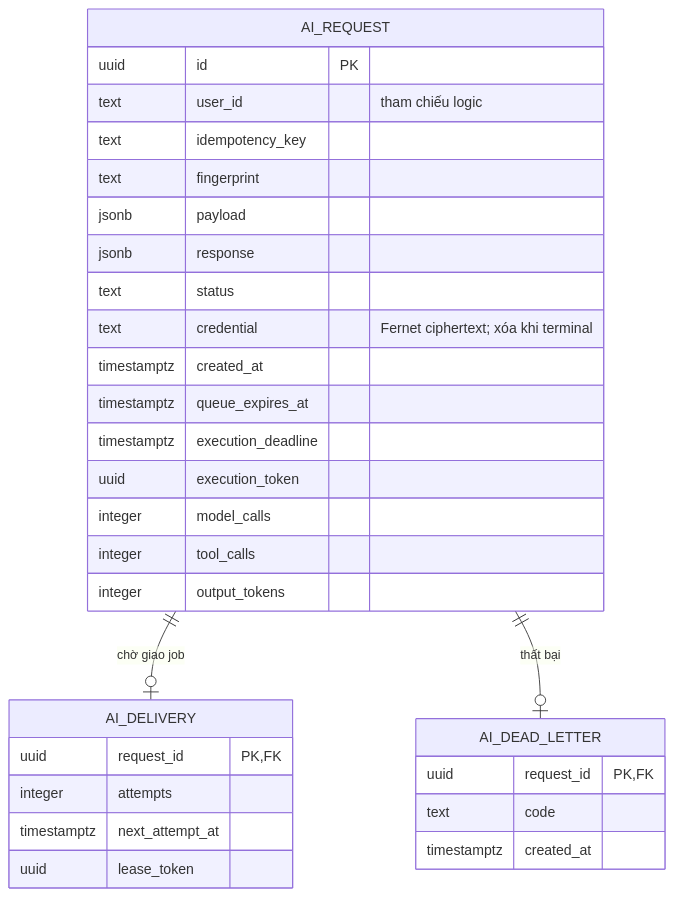
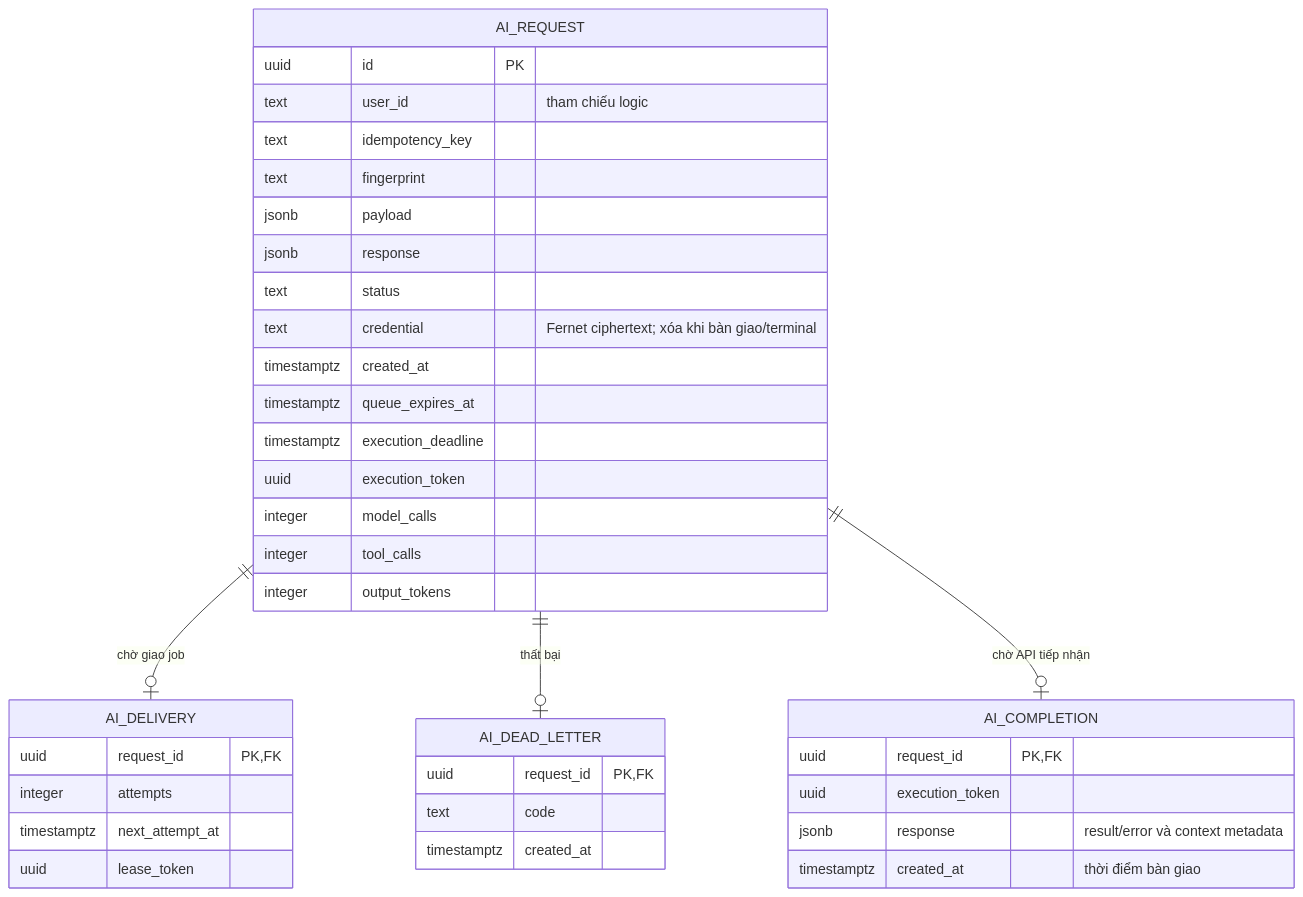
The diagram in docs/ai-service/erd.md (TriNguyenThanh/UTask), drawn with Mermaid before and after one commit. The commit also changed other lines of this file and 51 other files, not shown here.

````diff
--- a/docs/ai-service/erd.md
+++ b/docs/ai-service/erd.md
@@ -11,33 +12,40 @@
 ```mermaid
 erDiagram
     AI_REQUEST ||--o| AI_DELIVERY : "chờ giao job"
     AI_REQUEST ||--o| AI_DEAD_LETTER : "thất bại"
+    AI_REQUEST ||--o| AI_COMPLETION : "chờ API tiếp nhận"
     AI_REQUEST {
         uuid id PK
         text user_id "tham chiếu logic"
         text idempotency_key
         text fingerprint
         jsonb payload
         jsonb response
         text status
-        text credential "Fernet ciphertext; xóa khi terminal"
+        text credential "Fernet ciphertext; xóa khi bàn giao/terminal"
         timestamptz created_at
         timestamptz queue_expires_at
         timestamptz execution_deadline
         uuid execution_token
         integer model_calls
         integer tool_calls
         integer output_tokens
     }
     AI_DELIVERY {
         uuid request_id PK,FK
         integer attempts
         timestamptz next_attempt_at
         uuid lease_token
     }
     AI_DEAD_LETTER {
         uuid request_id PK,FK
         text code
         timestamptz created_at
     }
+    AI_COMPLETION {
+        uuid request_id PK,FK
+        uuid execution_token
+        jsonb response "result/error và context metadata"
+        timestamptz created_at "thời điểm bàn giao"
+    }
 ```
````
